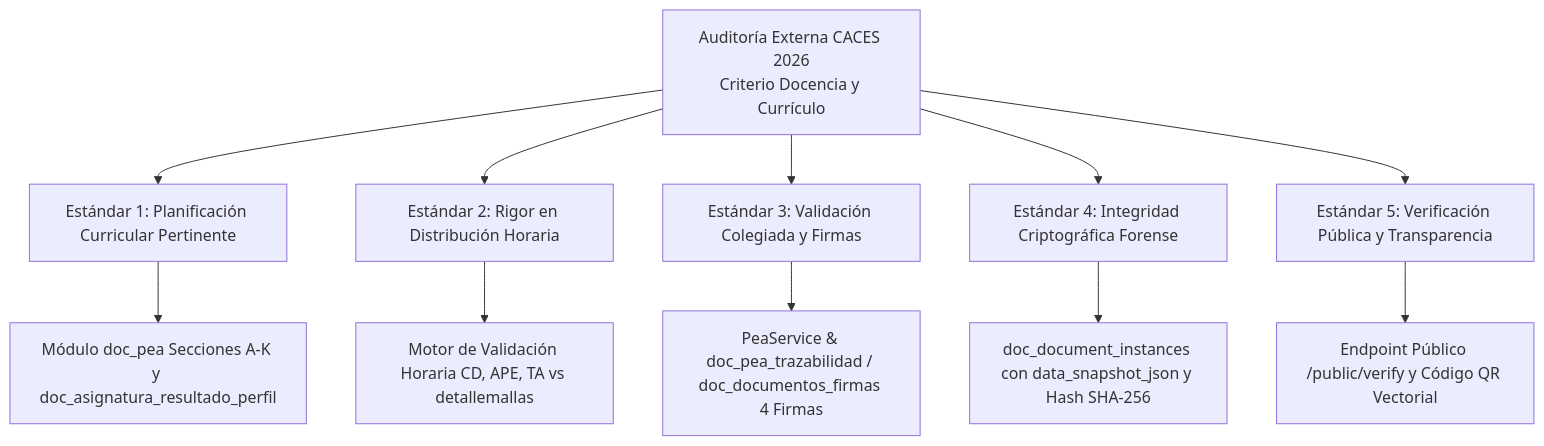
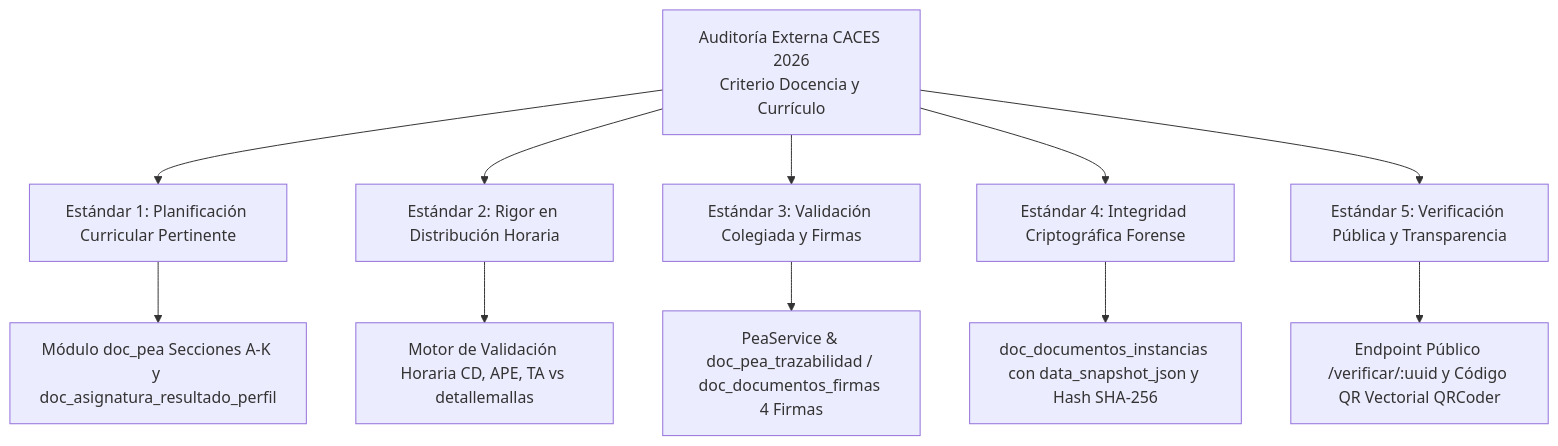
Before and after one commit to JorgeDoicela/dosier: the diagram in docs/documentacion/06-despliegue-y-operaciones/02-guia-acreditacion-caces-2026.md, drawn with Mermaid. The commit also changed other lines of this file and 35 other files, not shown here.

````diff
--- a/docs/documentacion/06-despliegue-y-operaciones/02-guia-acreditacion-caces-2026.md
+++ b/docs/documentacion/06-despliegue-y-operaciones/02-guia-acreditacion-caces-2026.md
@@ -13,14 +13,14 @@
 ```mermaid
 graph TD
     AuditCACES[Auditoría Externa CACES 2026\nCriterio Docencia y Currículo] --> E1[Estándar 1: Planificación Curricular Pertinente]
     AuditCACES --> E2[Estándar 2: Rigor en Distribución Horaria]
     AuditCACES --> E3[Estándar 3: Validación Colegiada y Firmas]
     AuditCACES --> E4[Estándar 4: Integridad Criptográfica Forense]
     AuditCACES --> E5[Estándar 5: Verificación Pública y Transparencia]
 
     E1 --> ModPEA[Módulo doc_pea Secciones A-K y doc_asignatura_resultado_perfil]
     E2 --> ValMalla[Motor de Validación Horaria CD, APE, TA vs detallemallas]
     E3 --> WFSign[PeaService & doc_pea_trazabilidad / doc_documentos_firmas 4 Firmas]
-    E4 --> HashDB[doc_document_instances con data_snapshot_json y Hash SHA-256]
-    E5 --> QRNode[Endpoint Público /public/verify y Código QR Vectorial]
+    E4 --> HashDB[doc_documentos_instancias con data_snapshot_json y Hash SHA-256]
+    E5 --> QRNode[Endpoint Público /verificar/:uuid y Código QR Vectorial QRCoder]
 ```
````
